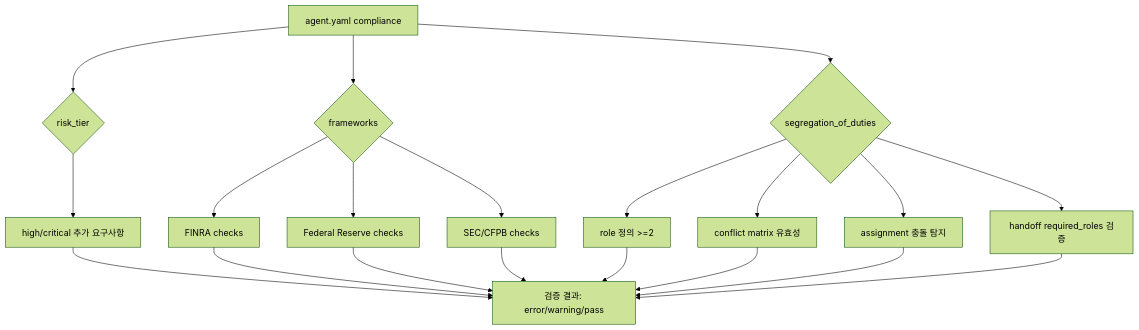
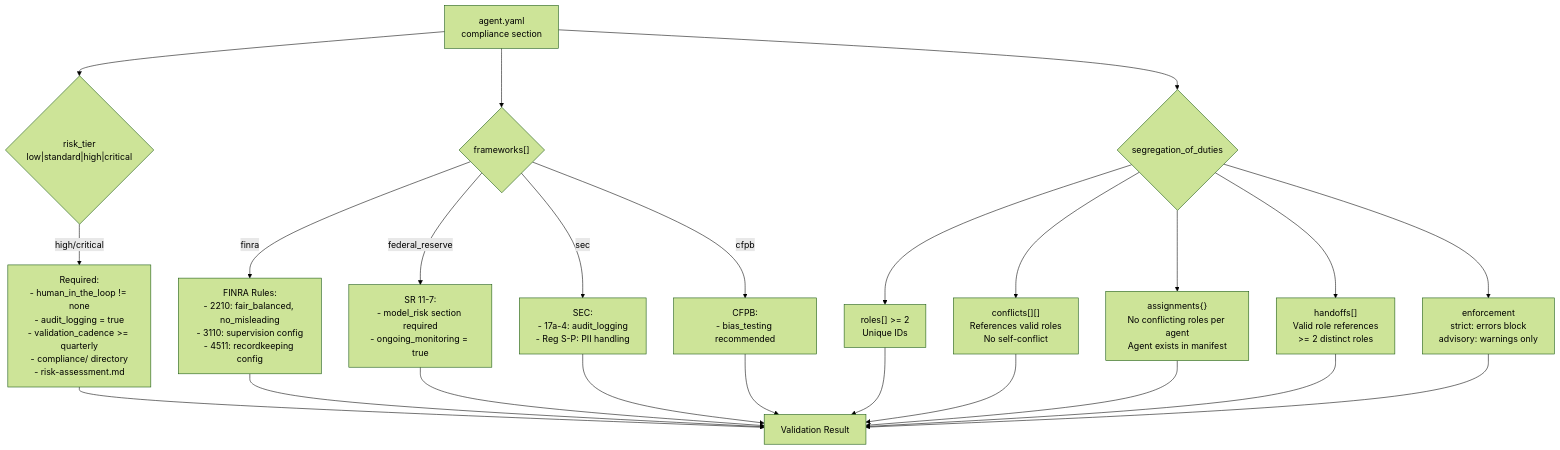
The sixth of 9 diagrams in gitagent/00-diagram.md (kimchanhyung98/agentic-workflows), drawn with Mermaid (forest theme) before and after one commit. The commit also changed other lines of this file and 2 other files, not shown here.

First line of the commit message:
docs: add 7-layer architecture and CLI

````diff
--- a/gitagent/00-diagram.md
+++ b/gitagent/00-diagram.md
@@ -136,27 +240,30 @@
 ```mermaid
 flowchart TD
-    CFG["agent.yaml compliance"] --> RISK{"risk_tier"}
-    CFG --> FW{"frameworks"}
+    CFG["agent.yaml\ncompliance section"] --> RISK{"risk_tier\nlow|standard|high|critical"}
+    CFG --> FW{"frameworks[]"}
     CFG --> SOD{"segregation_of_duties"}
 
-    RISK --> HR["high/critical 추가 요구사항"]
-    FW --> F1["FINRA checks"]
-    FW --> F2["Federal Reserve checks"]
-    FW --> F3["SEC/CFPB checks"]
+    RISK --> |"high/critical"| HR["Required:\n- human_in_the_loop != none\n- audit_logging = true\n- validation_cadence >= quarterly\n- compliance/ directory\n- risk-assessment.md"]
 
-    SOD --> ROLE["role 정의 >=2"]
-    SOD --> CONFLICT["conflict matrix 유효성"]
-    SOD --> ASSIGN["assignment 충돌 탐지"]
-    SOD --> HANDOFF["handoff required_roles 검증"]
+    FW --> |"finra"| F1["FINRA Rules:\n- 2210: fair_balanced, no_misleading\n- 3110: supervision config\n- 4511: recordkeeping config"]
+    FW --> |"federal_reserve"| F2["SR 11-7:\n- model_risk section required\n- ongoing_monitoring = true"]
+    FW --> |"sec"| F3["SEC:\n- 17a-4: audit_logging\n- Reg S-P: PII handling"]
+    FW --> |"cfpb"| F4["CFPB:\n- bias_testing recommended"]
 
-    HR --> RESULT
+    SOD --> ROLE["roles[] >= 2\nUnique IDs"]
+    SOD --> CONFLICT["conflicts[][]\nReferences valid roles\nNo self-conflict"]
+    SOD --> ASSIGN["assignments{}\nNo conflicting roles per agent\nAgent exists in manifest"]
+    SOD --> HANDOFF["handoffs[]\nValid role references\n>= 2 distinct roles"]
+    SOD --> ENFORCE["enforcement\nstrict: errors block\nadvisory: warnings only"]
+
+    HR --> RESULT["Validation Result"]
     F1 --> RESULT
     F2 --> RESULT
     F3 --> RESULT
+    F4 --> RESULT
     ROLE --> RESULT
     CONFLICT --> RESULT
     ASSIGN --> RESULT
     HANDOFF --> RESULT
-
-    RESULT["검증 결과: error/warning/pass"]
+    ENFORCE --> RESULT
 ```
````
